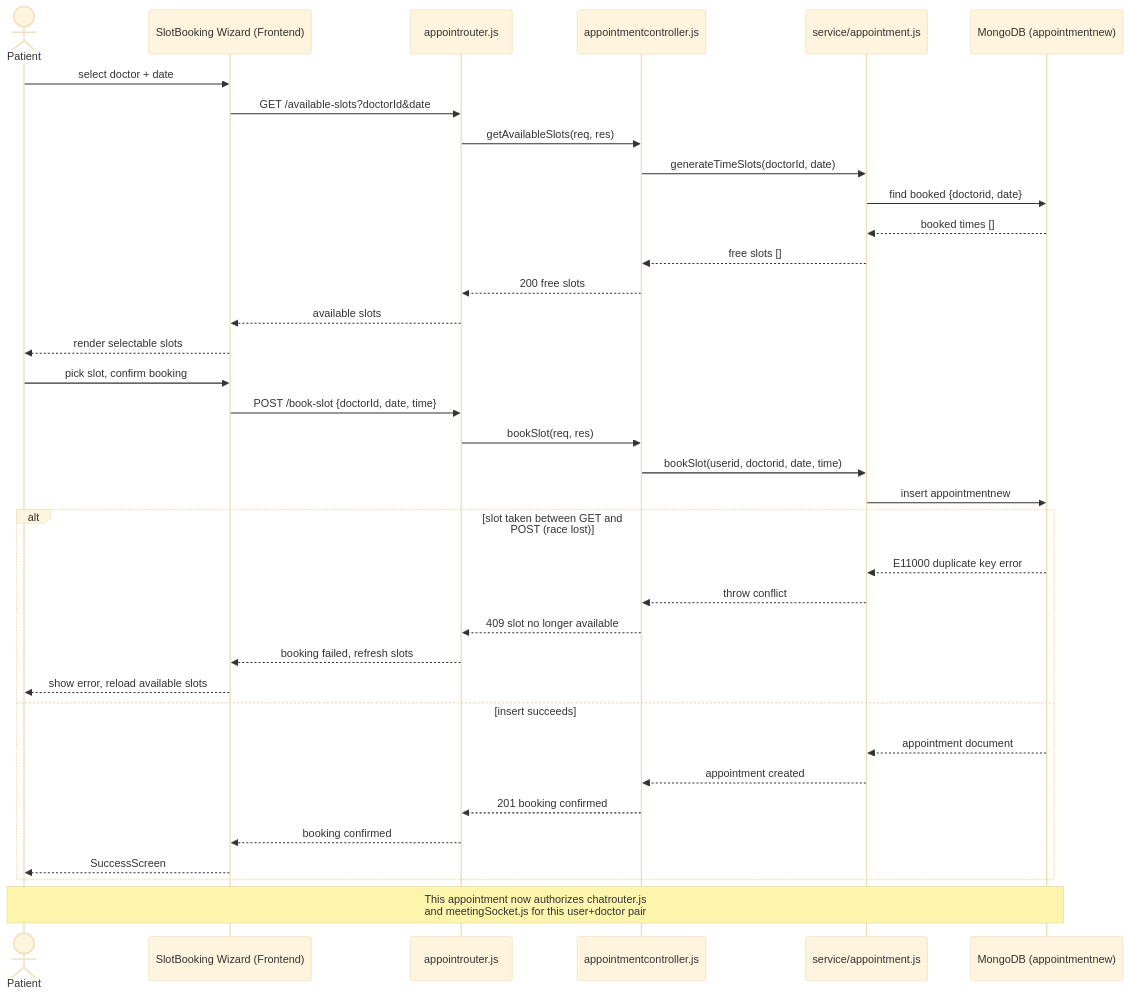
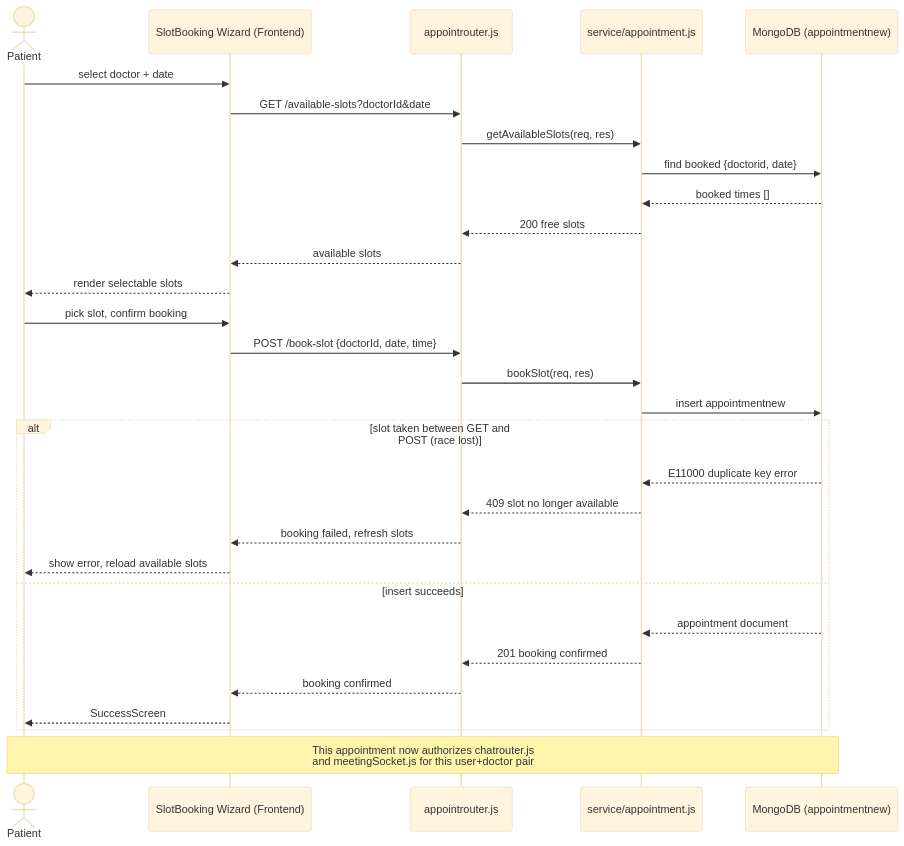
The third of 8 diagrams in docs/uml.md (dolishaa29/healthcare_app), drawn with Mermaid (base theme) before and after one commit. The commit also changed other lines of this file and 66 other files, not shown here.

````diff
--- a/docs/uml.md
+++ b/docs/uml.md
@@ -130,42 +130,36 @@
 ```mermaid
 sequenceDiagram
     actor P as Patient
     participant FE as SlotBooking Wizard (Frontend)
     participant RT as appointrouter.js
-    participant CT as appointmentcontroller.js
     participant SV as service/appointment.js
     participant DB as MongoDB (appointmentnew)
 
     P->>FE: select doctor + date
     FE->>RT: GET /available-slots?doctorId&date
-    RT->>CT: getAvailableSlots(req, res)
-    CT->>SV: generateTimeSlots(doctorId, date)
+    RT->>SV: getAvailableSlots(req, res)
     SV->>DB: find booked {doctorid, date}
     DB-->>SV: booked times []
-    SV-->>CT: free slots []
-    CT-->>RT: 200 free slots
+    SV-->>RT: 200 free slots
     RT-->>FE: available slots
     FE-->>P: render selectable slots
 
     P->>FE: pick slot, confirm booking
     FE->>RT: POST /book-slot {doctorId, date, time}
-    RT->>CT: bookSlot(req, res)
-    CT->>SV: bookSlot(userid, doctorid, date, time)
+    RT->>SV: bookSlot(req, res)
     SV->>DB: insert appointmentnew
 
     alt slot taken between GET and POST (race lost)
         DB-->>SV: E11000 duplicate key error
-        SV-->>CT: throw conflict
-        CT-->>RT: 409 slot no longer available
+        SV-->>RT: 409 slot no longer available
         RT-->>FE: booking failed, refresh slots
         FE-->>P: show error, reload available slots
     else insert succeeds
         DB-->>SV: appointment document
-        SV-->>CT: appointment created
-        CT-->>RT: 201 booking confirmed
+        SV-->>RT: 201 booking confirmed
         RT-->>FE: booking confirmed
         FE-->>P: SuccessScreen
     end
 
     Note over P,DB: This appointment now authorizes chatrouter.js<br/>and meetingSocket.js for this user+doctor pair
 ```
````
